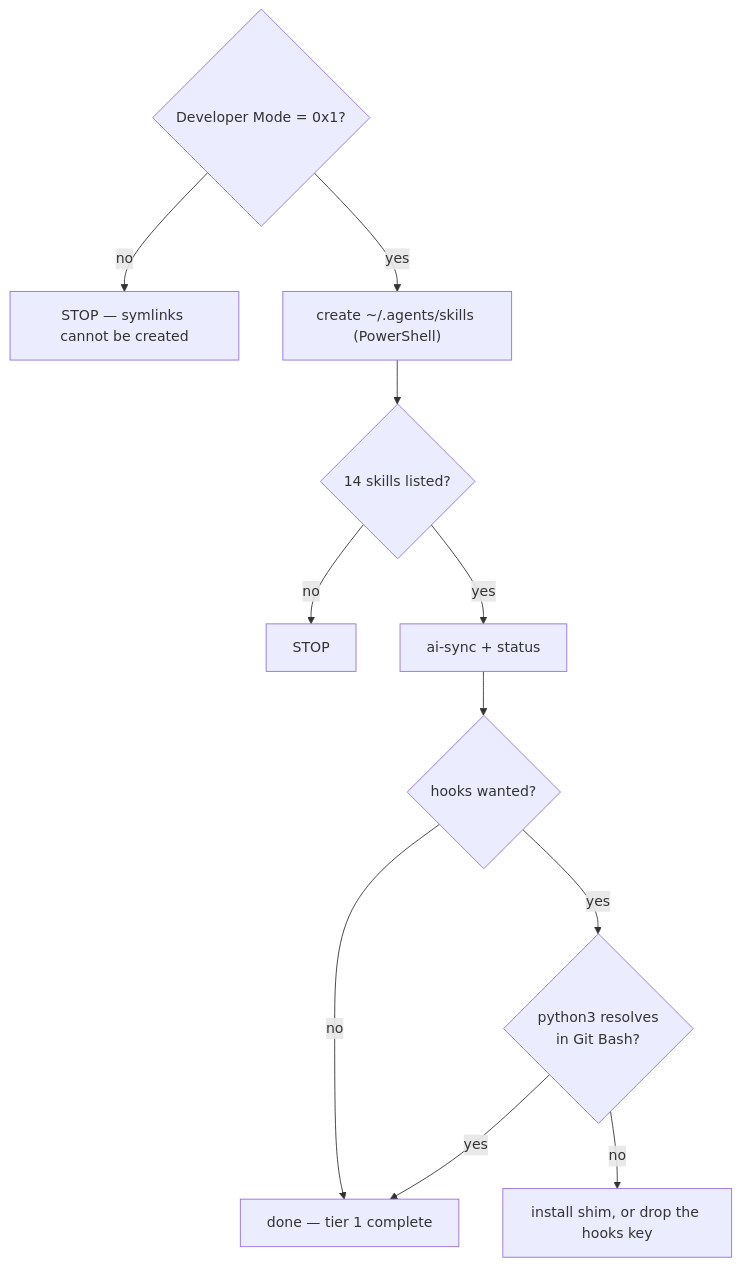
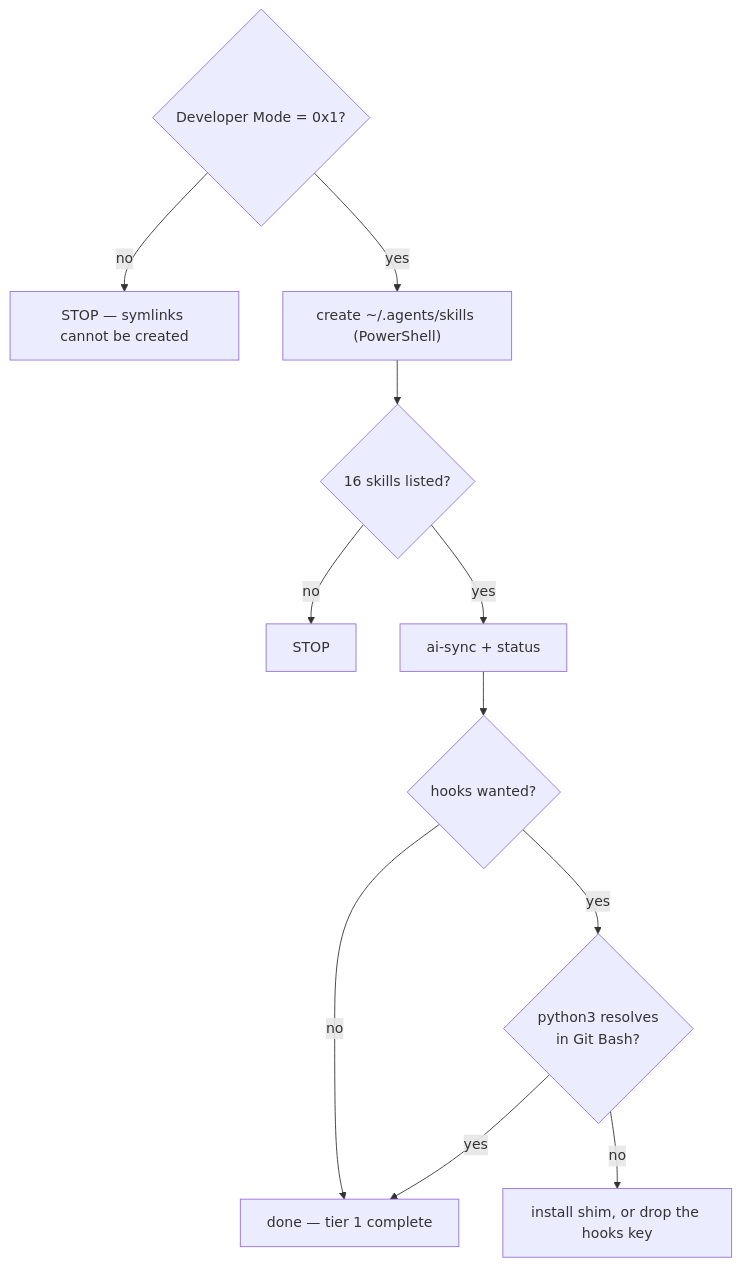
Diagram 11 of 11 in HOW-TO-USE.agent.md (ozanozcan/ai-wow), drawn with Mermaid before and after one commit. The commit also changed other lines of this file and 112 other files, not shown here.

````diff
--- a/HOW-TO-USE.agent.md
+++ b/HOW-TO-USE.agent.md
@@ -359,13 +360,13 @@
 ```mermaid
 flowchart TD
   A{"Developer Mode = 0x1?"} -->|no| A1["STOP — symlinks cannot be created"]
   A -->|yes| B["create ~/.agents/skills (PowerShell)"]
-  B --> C{"14 skills listed?"}
+  B --> C{"16 skills listed?"}
   C -->|no| C1["STOP"]
   C -->|yes| D["ai-sync + status"]
   D --> E{"hooks wanted?"}
   E -->|no| DONE["done — tier 1 complete"]
   E -->|yes| F{"python3 resolves <br/>in Git Bash?"}
   F -->|no| F1["install shim, or drop the hooks key"]
   F -->|yes| DONE
 ```
````
